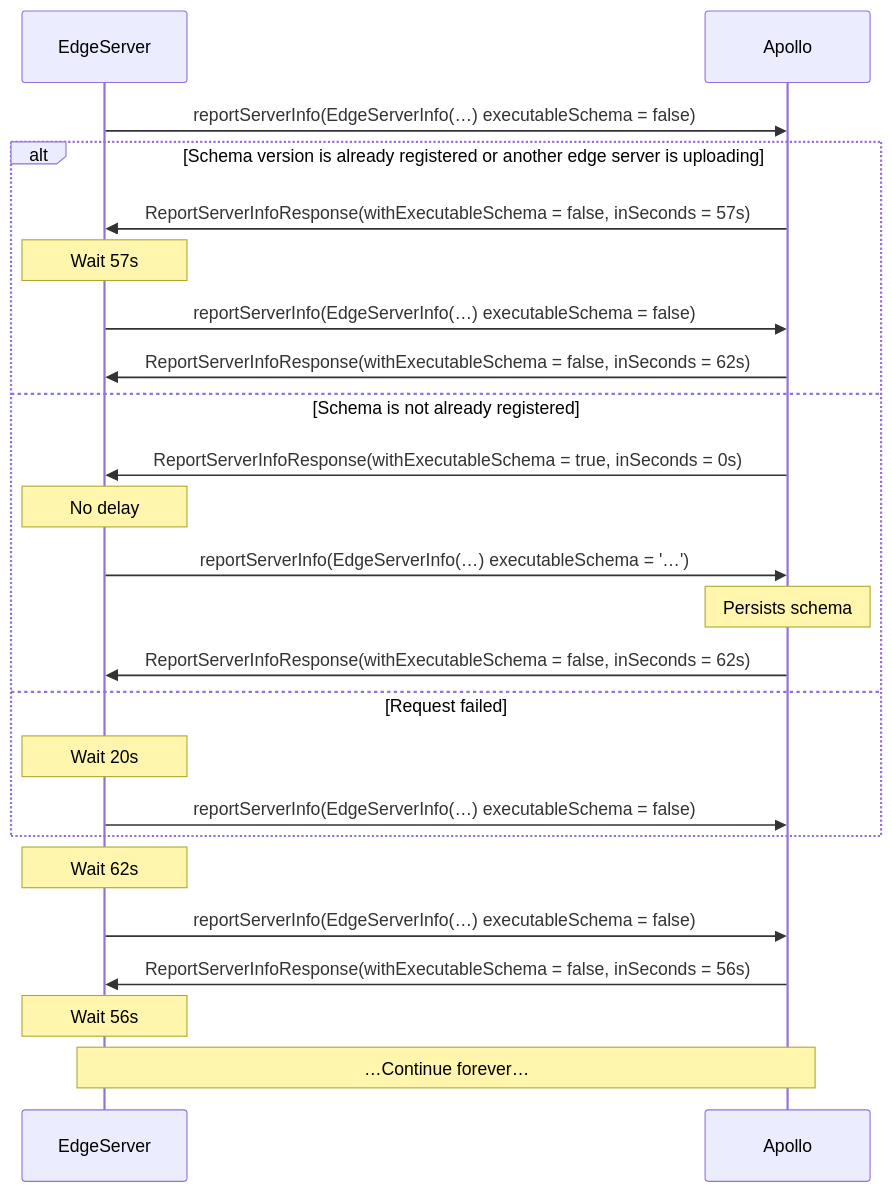
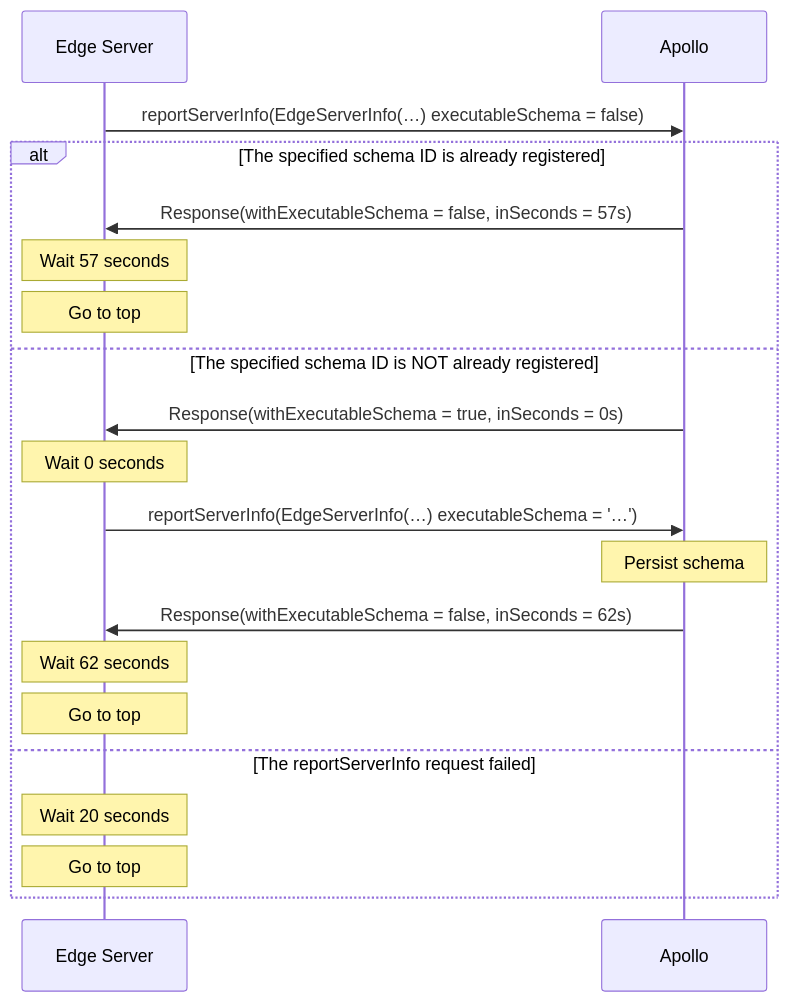
One commit to apollographql/apollo changed the diagram in graph-manager-docs/source/schema-reporting-protocol.mdx. Above: the diagram before and after it, drawn with Mermaid. The commit also changed other lines of this file and 2 other files, not shown here.

Commit message:
Spruce up language and sequence diagram

````diff
--- a/graph-manager-docs/source/schema-reporting-protocol.mdx
+++ b/graph-manager-docs/source/schema-reporting-protocol.mdx
@@ -15,27 +15,22 @@
 ```mermaid
 sequenceDiagram
-    participant EdgeServer
+    participant Edge Server
     participant Apollo
-    EdgeServer->>Apollo: reportServerInfo(EdgeServerInfo(…) executableSchema = false)
-    alt Schema version is already registered or another edge server is uploading
-        Apollo->>EdgeServer: ReportServerInfoResponse(withExecutableSchema = false, inSeconds = 57s)
-        Note over EdgeServer: Wait 57s
-        EdgeServer->>Apollo: reportServerInfo(EdgeServerInfo(…) executableSchema = false)
-        Apollo->>EdgeServer: ReportServerInfoResponse(withExecutableSchema = false, inSeconds = 62s)
-    else Schema is not already registered
-        Apollo->>EdgeServer: ReportServerInfoResponse(withExecutableSchema = true, inSeconds = 0s)
-        Note over EdgeServer: No delay
-        EdgeServer->>Apollo: reportServerInfo(EdgeServerInfo(…) executableSchema = '…')
-        Note over Apollo: Persists schema
-        Apollo->>EdgeServer: ReportServerInfoResponse(withExecutableSchema = false, inSeconds = 62s)
-    else Request failed
-        Note over EdgeServer: Wait 20s
-        EdgeServer->>Apollo: reportServerInfo(EdgeServerInfo(…) executableSchema = false)
+    Edge Server->>Apollo: reportServerInfo(EdgeServerInfo(…) executableSchema = false)
+    alt The specified schema ID is already registered
+        Apollo->>Edge Server: Response(withExecutableSchema = false, inSeconds = 57s)
+        Note over Edge Server: Wait 57 seconds
+        Note over Edge Server: Go to top
+    else The specified schema ID is NOT already registered
+        Apollo->>Edge Server: Response(withExecutableSchema = true, inSeconds = 0s)
+        Note over Edge Server: Wait 0 seconds
+        Edge Server->>Apollo: reportServerInfo(EdgeServerInfo(…) executableSchema = '…')
+        Note over Apollo: Persist schema
+        Apollo->>Edge Server: Response(withExecutableSchema = false, inSeconds = 62s)
+        Note over Edge Server: Wait 62 seconds
+        Note over Edge Server: Go to top
+    else The reportServerInfo request failed
+        Note over Edge Server: Wait 20 seconds
+        Note over Edge Server: Go to top
     end
-    Note over EdgeServer: Wait 62s
-    EdgeServer->>Apollo: reportServerInfo(EdgeServerInfo(…) executableSchema = false)
-    Apollo->>EdgeServer: ReportServerInfoResponse(withExecutableSchema = false, inSeconds = 56s)
-    Note over EdgeServer: Wait 56s
-    Note over EdgeServer,Apollo: …Continue forever…
-
 ```
````
